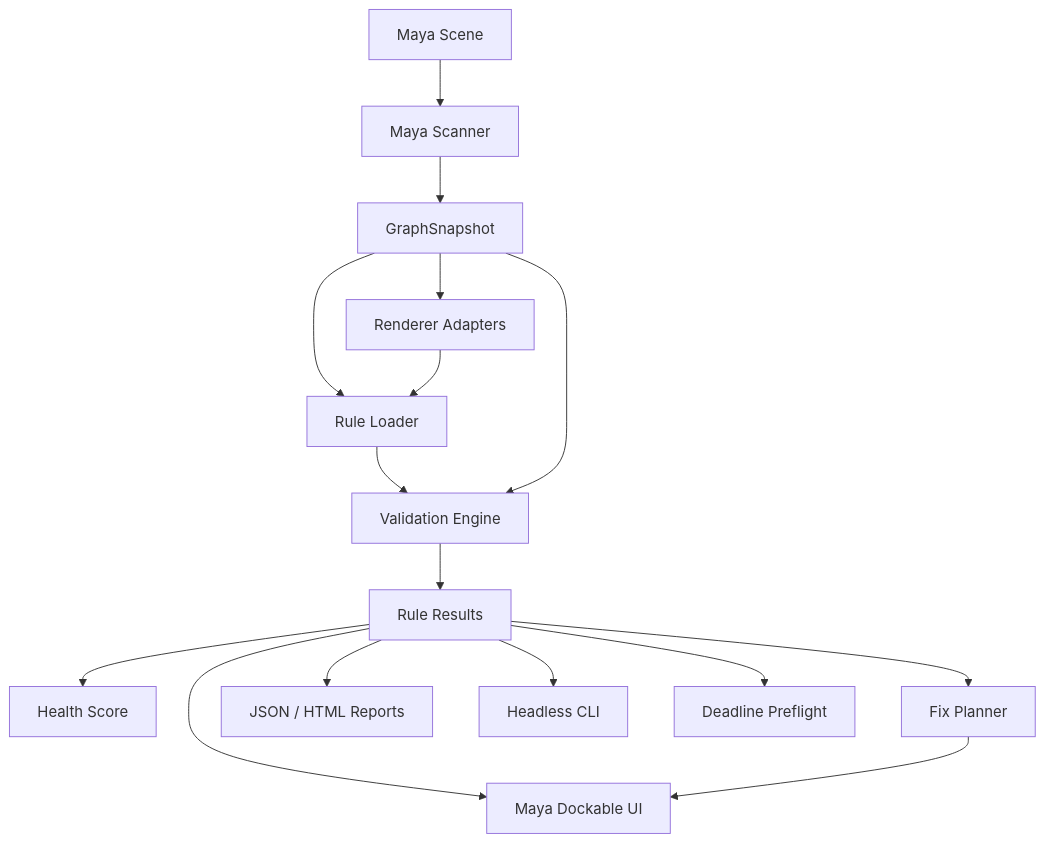
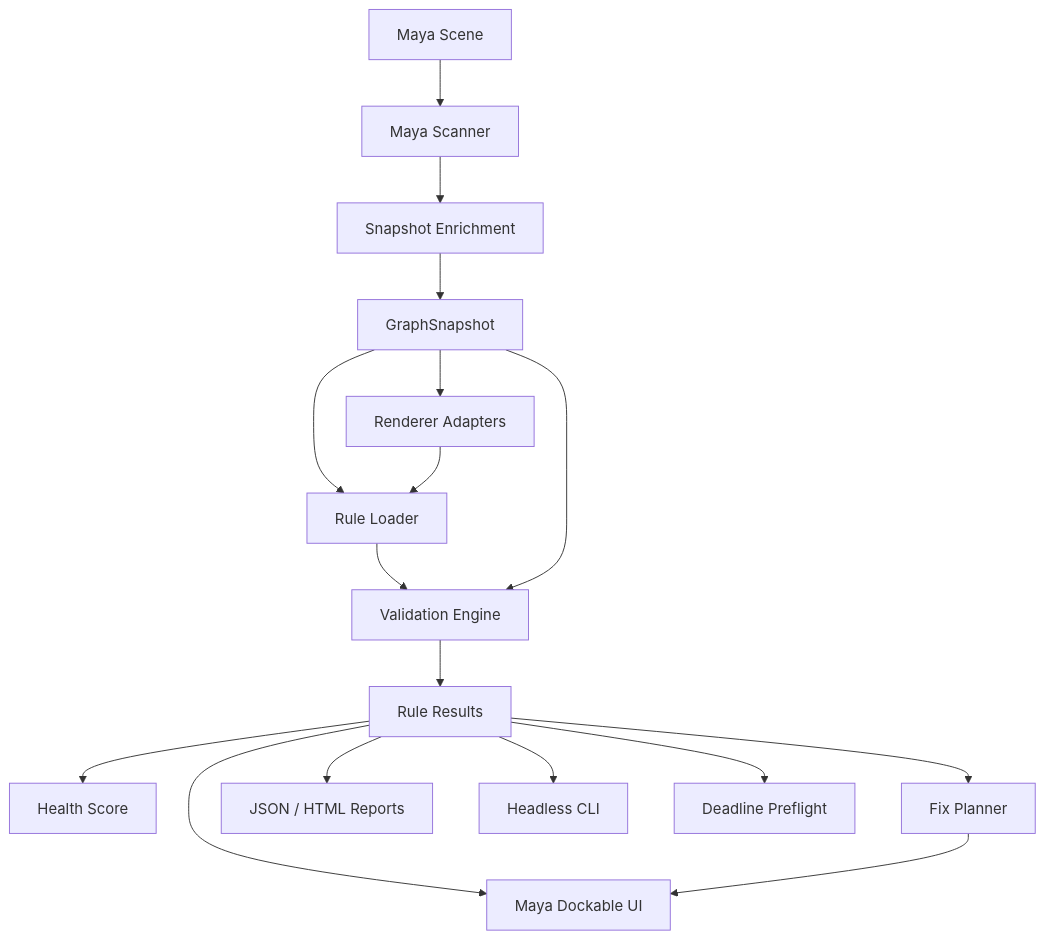
One commit to armasonix/maya-pipeline-inspector changed the first of 2 diagrams in docs/ARCHITECTURE.md. Above: the diagram before and after it, drawn with Mermaid. The commit also changed other lines of this file and 57 other files, not shown here.

````diff
--- a/docs/ARCHITECTURE.md
+++ b/docs/ARCHITECTURE.md
@@ -32,18 +35,19 @@
 ```mermaid
 flowchart TD
     SCENE[Maya Scene] --> SCANNER[Maya Scanner]
-    SCANNER --> SNAPSHOT[GraphSnapshot]
+    SCANNER --> ENRICH[Snapshot Enrichment]
+    ENRICH --> SNAPSHOT[GraphSnapshot]
     SNAPSHOT --> ADAPTERS[Renderer Adapters]
     SNAPSHOT --> RULES[Rule Loader]
     ADAPTERS --> RULES
     RULES --> ENGINE[Validation Engine]
     SNAPSHOT --> ENGINE
     ENGINE --> RESULTS[Rule Results]
     RESULTS --> SCORE[Health Score]
     RESULTS --> FIXPLAN[Fix Planner]
     RESULTS --> REPORTS[JSON / HTML Reports]
     RESULTS --> UI[Maya Dockable UI]
     RESULTS --> CLI[Headless CLI]
     RESULTS --> DEADLINE[Deadline Preflight]
     FIXPLAN --> UI
 ```
````
